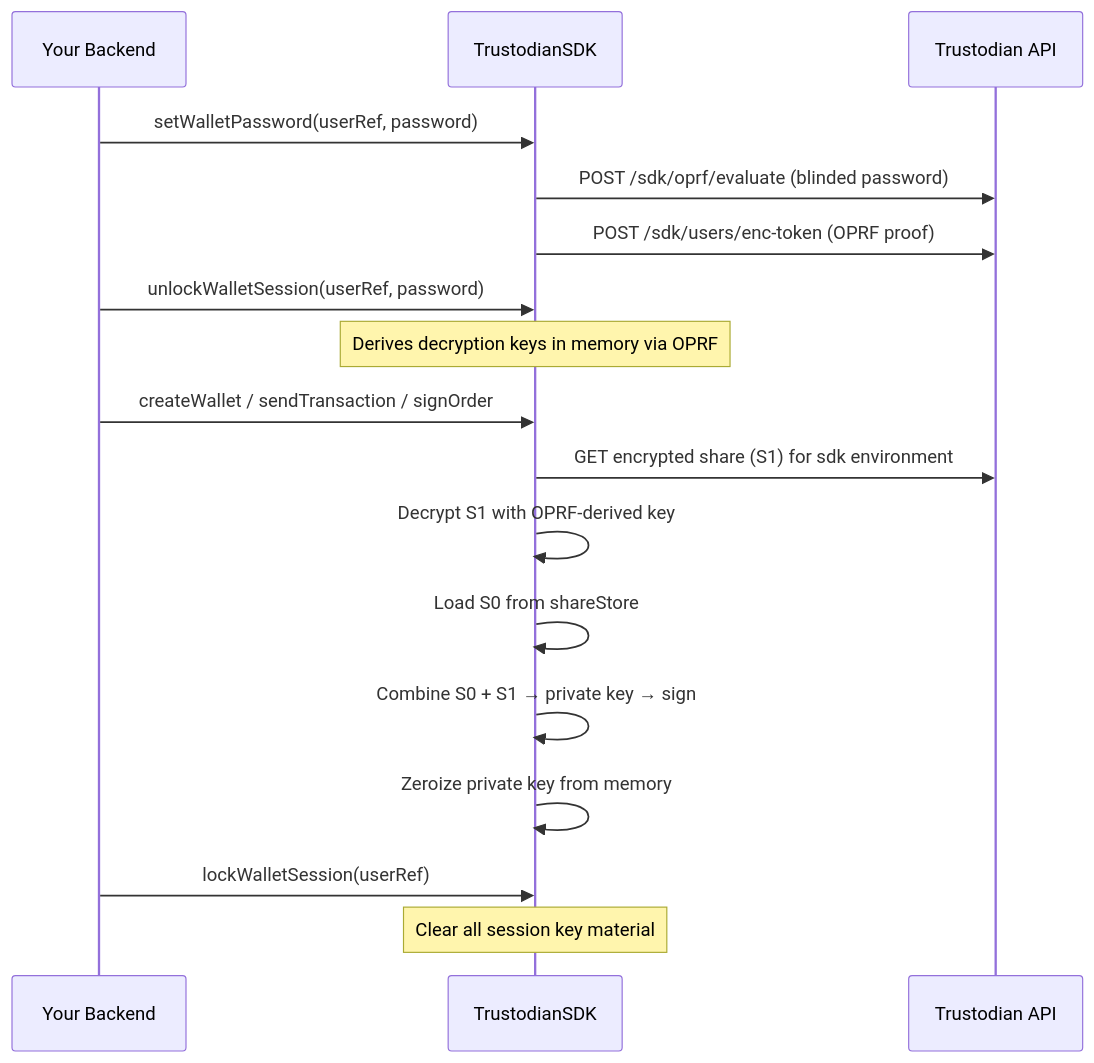
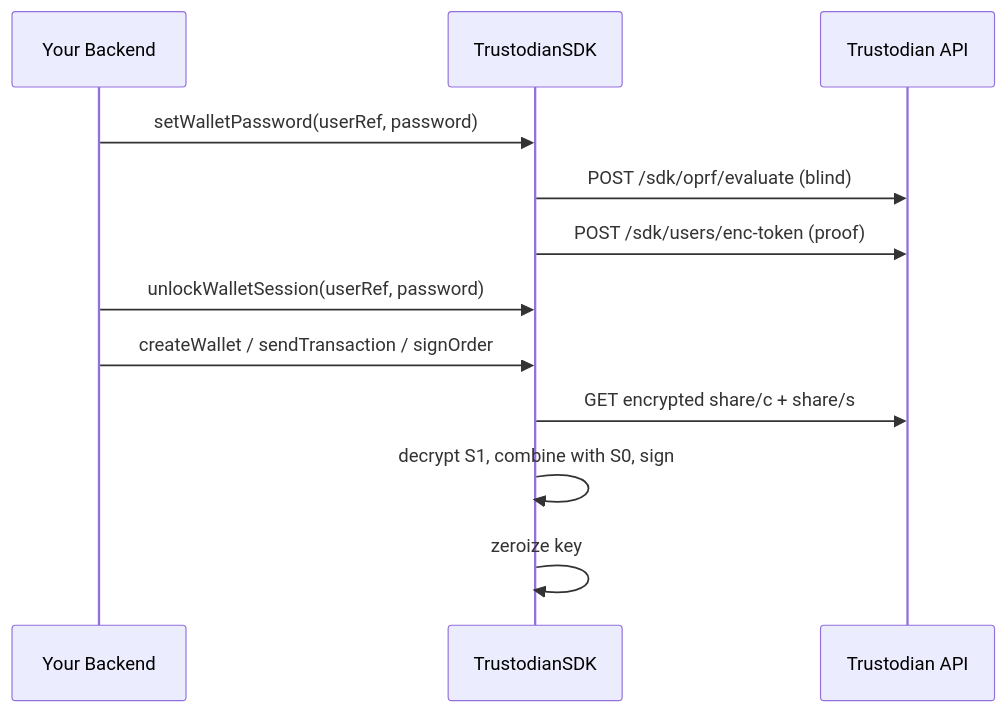
The diagram in sdk-guide/key-management.mdx (andrii-cowchain/mintlify-docs), drawn with Mermaid before and after one commit. The commit also changed other lines of this file and 193 other files, not shown here.

````diff
--- a/sdk-guide/key-management.mdx
+++ b/sdk-guide/key-management.mdx
@@ -126,23 +72,15 @@
 ```mermaid
 sequenceDiagram
     participant App as Your Backend
     participant SDK as TrustodianSDK
     participant API as Trustodian API
 
     App->>SDK: setWalletPassword(userRef, password)
-    SDK->>API: POST /sdk/oprf/evaluate (blinded password)
-    SDK->>API: POST /sdk/users/enc-token (OPRF proof)
-
+    SDK->>API: POST /sdk/oprf/evaluate (blind)
+    SDK->>API: POST /sdk/users/enc-token (proof)
     App->>SDK: unlockWalletSession(userRef, password)
-    Note over SDK: Derives decryption keys in memory via OPRF
-
     App->>SDK: createWallet / sendTransaction / signOrder
-    SDK->>API: GET encrypted share (S1) for sdk environment
-    SDK->>SDK: Decrypt S1 with OPRF-derived key
-    SDK->>SDK: Load S0 from shareStore
-    SDK->>SDK: Combine S0 + S1 → private key → sign
-    SDK->>SDK: Zeroize private key from memory
-
-    App->>SDK: lockWalletSession(userRef)
-    Note over SDK: Clear all session key material
+    SDK->>API: GET encrypted share/c + share/s
+    SDK->>SDK: decrypt S1, combine with S0, sign
+    SDK->>SDK: zeroize key
 ```
````
